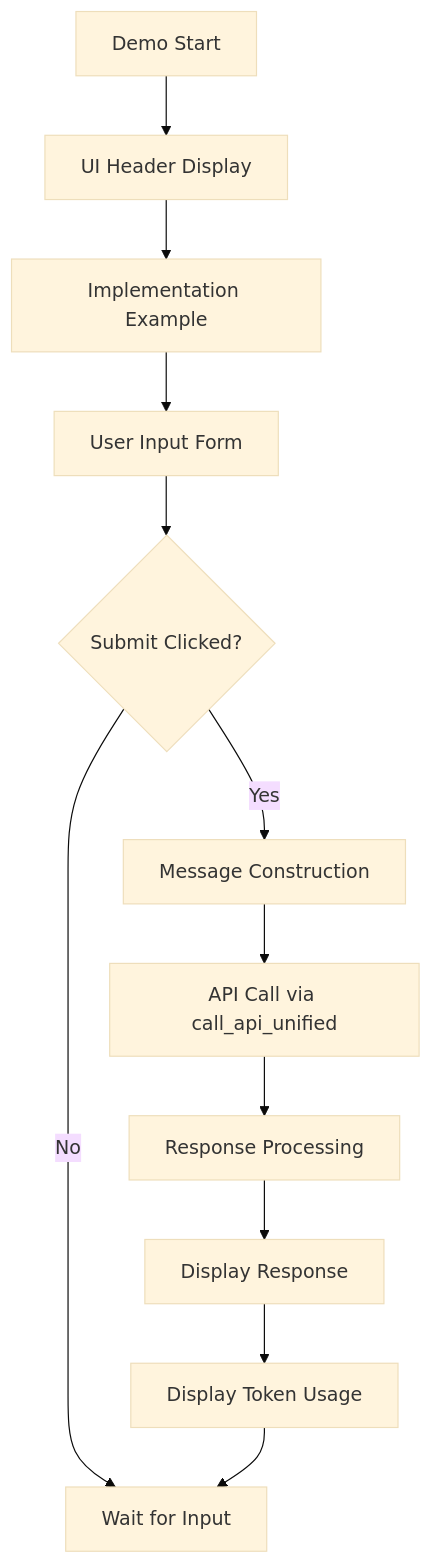
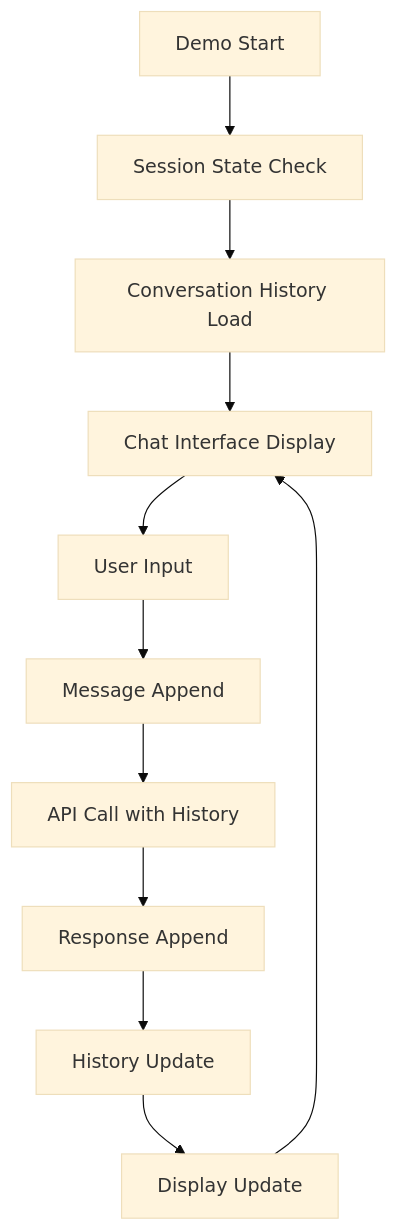
Before and after one commit to nakashima2toshio/anthropic_api_jp: the eighth of 12 diagrams in doc/a00_responses_api.md, drawn with Mermaid (base theme). The commit also changed other lines of this file and 2 other files, not shown here.

````diff
--- a/doc/a00_responses_api.md
+++ b/doc/a00_responses_api.md
@@ -273,14 +349,13 @@
 ```mermaid
 graph TD
-    A["Demo Start"] --> B["UI Header Display"]
-    B --> C["Implementation Example"]
-    C --> D["User Input Form"]
-    D --> E{"Submit Clicked?"}
-    E -->|No| F["Wait for Input"]
-    E -->|Yes| G["Message Construction"]
-    G --> H["API Call via call_api_unified"]
-    H --> I["Response Processing"]
-    I --> J["Display Response"]
-    J --> K["Display Token Usage"]
-    K --> F
+    A["Demo Start"] --> B["Session State Check"]
+    B --> C["Conversation History Load"]
+    C --> D["Chat Interface Display"]
+    D --> E["User Input"]
+    E --> F["Message Append"]
+    F --> G["API Call with History"]
+    G --> H["Response Append"]
+    H --> I["History Update"]
+    I --> J["Display Update"]
+    J --> D
 ```
````
